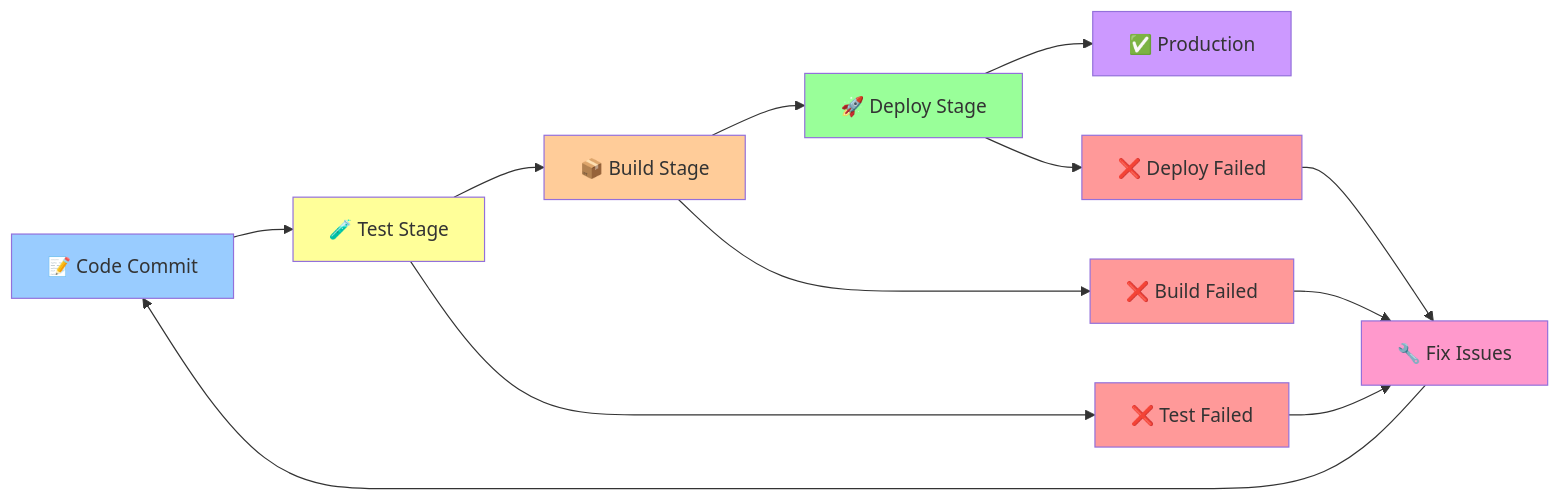
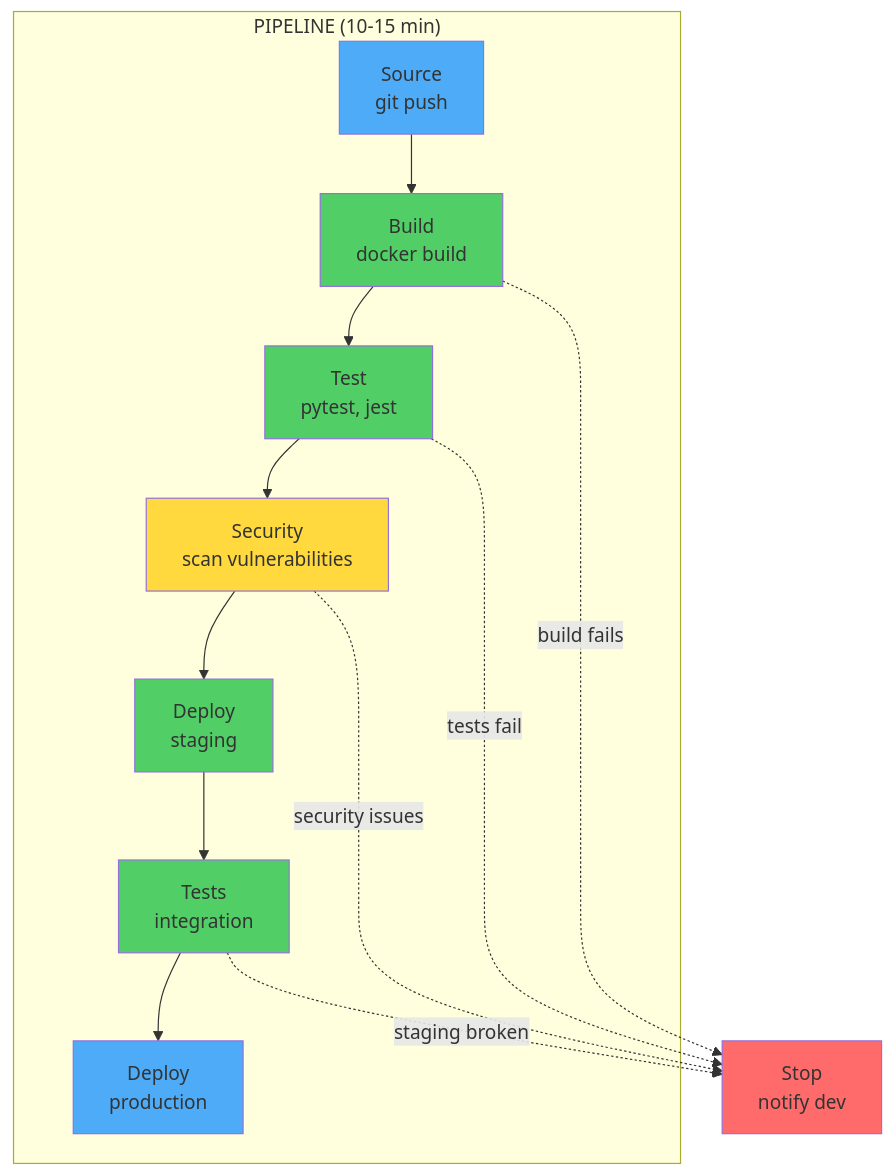
The third of 8 diagrams in ci_cd/loeng.md (mtalvik/automatiseerimine_ext), drawn with Mermaid before and after one commit. The commit also changed other lines of this file and 125 other files, not shown here.

````diff
--- a/ci_cd/loeng.md
+++ b/ci_cd/loeng.md
@@ -97,26 +99,25 @@
 ```mermaid
-flowchart LR
-    A[📝 Code Commit] --> B[🧪 Test Stage]
-    B --> C[📦 Build Stage]
-    C --> D[🚀 Deploy Stage]
-    D --> E[✅ Production]
+graph TB
+    subgraph "PIPELINE (10-15 min)"
+        A[ Source<br/>git push] --> B[ Build<br/>docker build]
+        B --> C[ Test<br/>pytest, jest]
+        C --> D[ Security<br/>scan vulnerabilities]
+        D --> E[ Deploy<br/>staging]
+        E --> F[ Tests<br/>integration]
+        F --> G[ Deploy<br/>production]
+    end
     
-    B --> F[❌ Test Failed]
-    C --> G[❌ Build Failed]
-    D --> H[❌ Deploy Failed]
+    B -.build fails.-> H[ Stop<br/>notify dev]
+    C -.tests fail.-> H
+    D -.security issues.-> H
+    F -.staging broken.-> H
     
-    F --> I[🔧 Fix Issues]
-    G --> I
-    H --> I
-    I --> A
-    
-    style A fill:#99ccff
-    style B fill:#ffff99
-    style C fill:#ffcc99
-    style D fill:#99ff99
-    style E fill:#cc99ff
-    style F fill:#ff9999
-    style G fill:#ff9999
-    style H fill:#ff9999
-    style I fill:#ff99cc
+    style A fill:#4dabf7
+    style B fill:#51cf66
+    style C fill:#51cf66
+    style D fill:#ffd93d
+    style E fill:#51cf66
+    style F fill:#51cf66
+    style G fill:#4dabf7
+    style H fill:#ff6b6b
 ```
````
